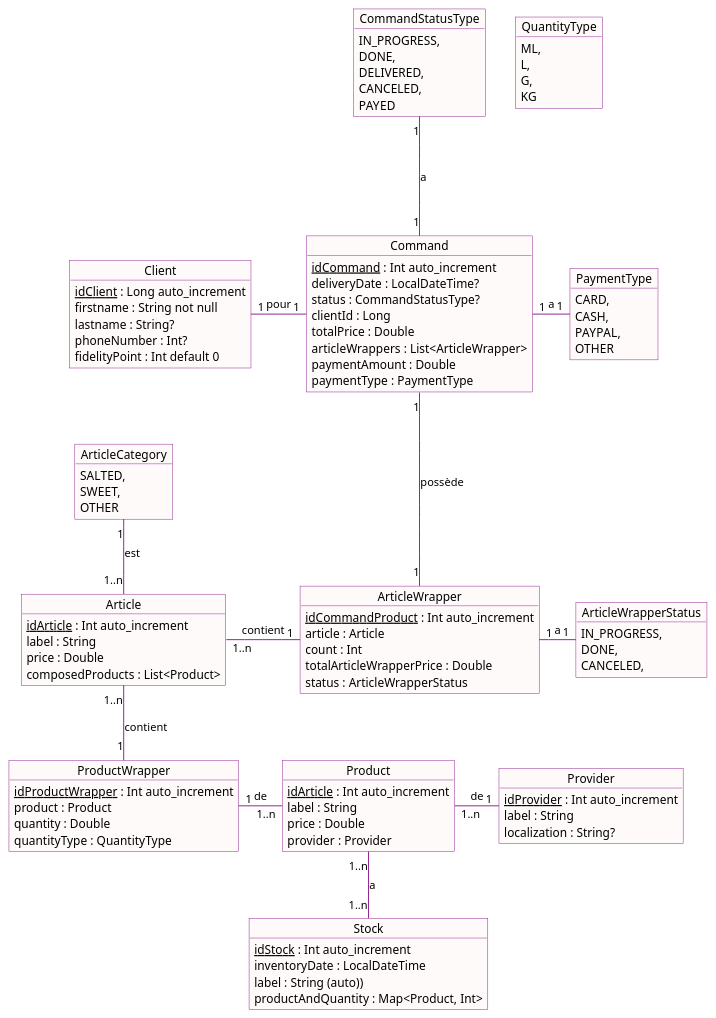
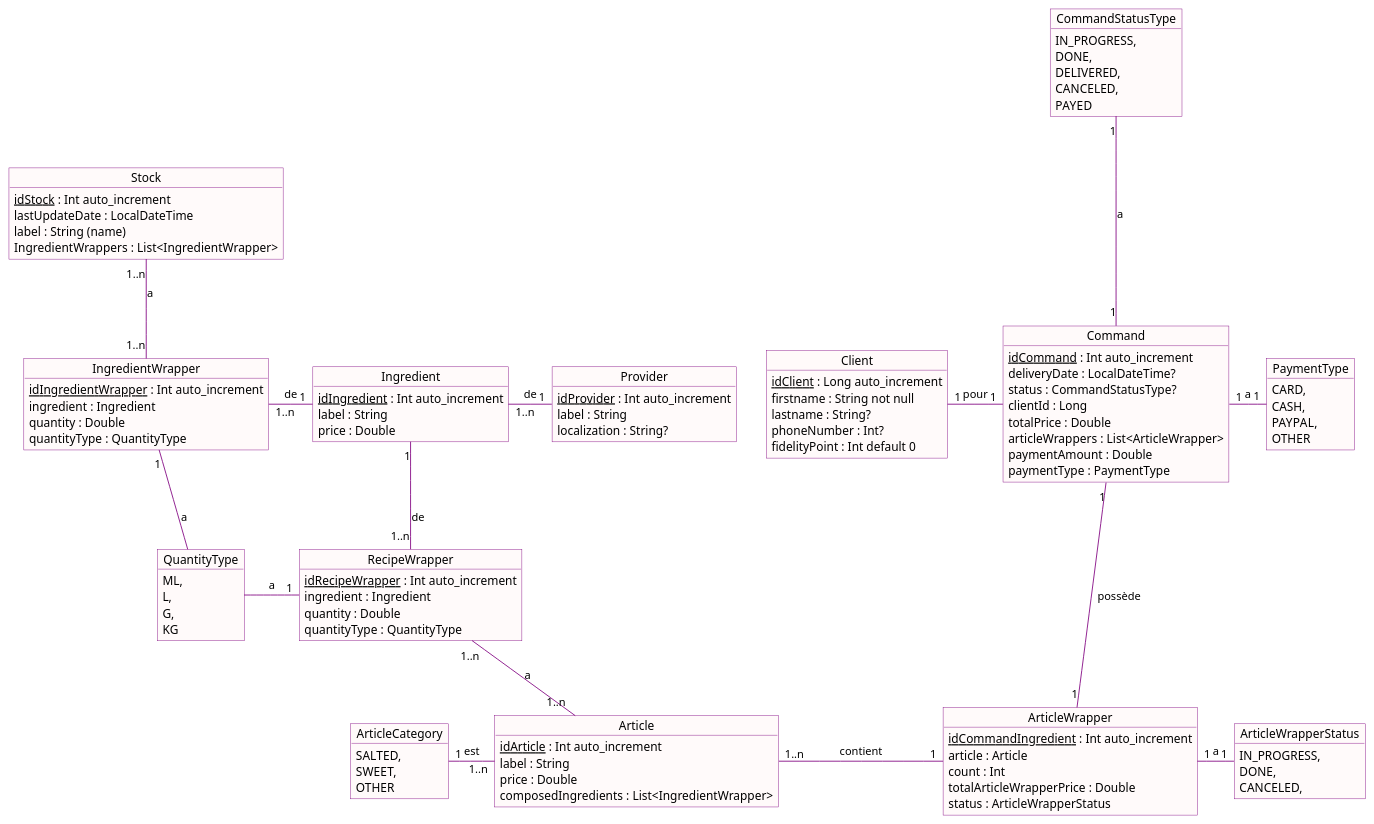
One commit to Schtroumphy/Axounaut-android changed the diagram in documentation/src/main/java/com/jeanloth/project/android/kotlin/documentation/conception.puml. Above: the diagram before and after it, drawn with PlantUML. The commit also changed 78 other files, not shown here.

Commit message:
[FIX] Change product into ingredient and add RecipeWrapper

```diff
--- a/documentation/src/main/java/com/jeanloth/project/android/kotlin/documentation/conception.puml
+++ b/documentation/src/main/java/com/jeanloth/project/android/kotlin/documentation/conception.puml
@@ -1,116 +1,125 @@
 @startuml
 
 skinparam object {
     BackgroundColor Snow
     BorderColor Purple
     ArrowColor Purple
 }
 
 object PaymentType{
     CARD,
     CASH,
     PAYPAL,
     OTHER
 }
 
 object Command{
     <u>idCommand</u> : Int auto_increment
     deliveryDate : LocalDateTime?
     status : CommandStatusType?
     clientId : Long
     totalPrice : Double
     articleWrappers : List<ArticleWrapper>
     paymentAmount : Double
     paymentType : PaymentType
 }
 
 object ArticleWrapper {
-    <u>idCommandProduct</u> : Int auto_increment
+    <u>idCommandIngredient</u> : Int auto_increment
     article : Article
     count : Int
     totalArticleWrapperPrice : Double
     status : ArticleWrapperStatus
 }
 
 object Client{
     <u>idClient</u> : Long auto_increment
     firstname : String not null
     lastname : String?
     phoneNumber : Int?
     fidelityPoint : Int default 0
 }
 
 object ArticleWrapperStatus{
     IN_PROGRESS,
     DONE,
     CANCELED,
 }
 
 object CommandStatusType{
     IN_PROGRESS,
     DONE,
     DELIVERED,
     CANCELED,
     PAYED
 }
 
 object Article{
     <u>idArticle</u> : Int auto_increment
     label : String
     price : Double
-    composedProducts : List<Product>
+    composedIngredients : List<IngredientWrapper>
 }
 
 object ArticleCategory {
     SALTED,
     SWEET,
     OTHER
 }
 
-object ProductWrapper{
-    <u>idProductWrapper</u> : Int auto_increment
-    product : Product
+object IngredientWrapper{
+    <u>idIngredientWrapper</u> : Int auto_increment
+    ingredient : Ingredient
+    quantity : Double
+    quantityType : QuantityType
+}
+
+object RecipeWrapper{
+    <u>idRecipeWrapper</u> : Int auto_increment
+    ingredient : Ingredient
     quantity : Double
     quantityType : QuantityType
 }
 
 object QuantityType {
     ML,
     L,
     G,
     KG
 }
 
-object Product{
-    <u>idArticle</u> : Int auto_increment
+object Ingredient{
+    <u>idIngredient</u> : Int auto_increment
     label : String
     price : Double
-    provider : Provider
 }
 
 object Provider{
     <u>idProvider</u> : Int auto_increment
     label : String
     localization : String?
 }
 
 object Stock{
     <u>idStock</u> : Int auto_increment
-    inventoryDate : LocalDateTime
-    label : String (auto))
-    productAndQuantity : Map<Product, Int>
+    lastUpdateDate : LocalDateTime
+    label : String (name)
+    IngredientWrappers : List<IngredientWrapper>
 }
 
 Command "1" -right- "1" PaymentType : a
 Command "1" --left- "1" Client : pour
 Command "1" --down- "1" ArticleWrapper : possède
 Command "1" --up- "1" CommandStatusType : a
 ArticleWrapper "1" --right- "1" ArticleWrapperStatus : a
-Article "1..n" -up- "1" ArticleCategory : est
+Article "1..n" -left- "1" ArticleCategory : est
 Article "1..n" -right- "1" ArticleWrapper : contient
-Article "1..n" -down- "1" ProductWrapper : contient
-Product "1..n" -right- "1" Provider : de
-ProductWrapper "1" -right- "1..n" Product : de
-Product "1..n" -down- "1..n" Stock : a
+Ingredient "1..n" -right- "1" Provider : de
+IngredientWrapper "1..n" -right- "1" Ingredient : de
+IngredientWrapper "1..n" -up- "1..n" Stock : a
+IngredientWrapper "1" -down- QuantityType : a
+RecipeWrapper "1..n" -up- "1" Ingredient : de
+RecipeWrapper "1..n" -down- "1..n" Article : a
+RecipeWrapper "1" -left- QuantityType : a
 
 @enduml
```
